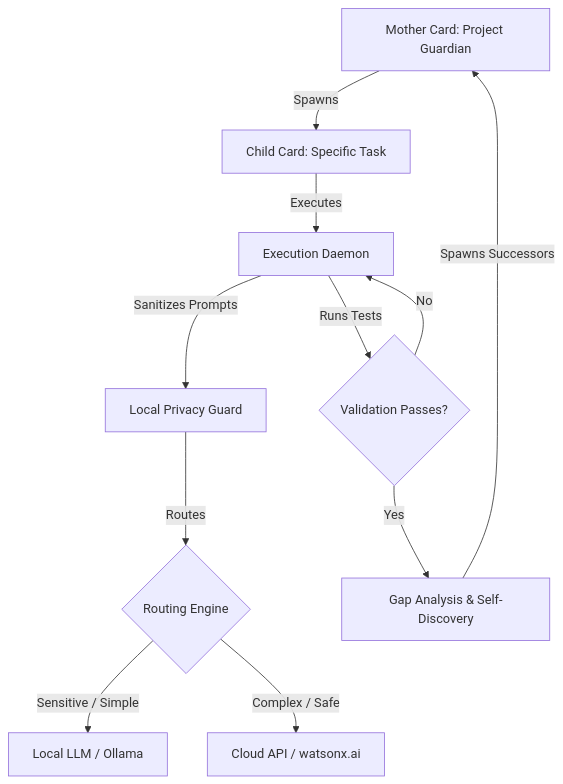
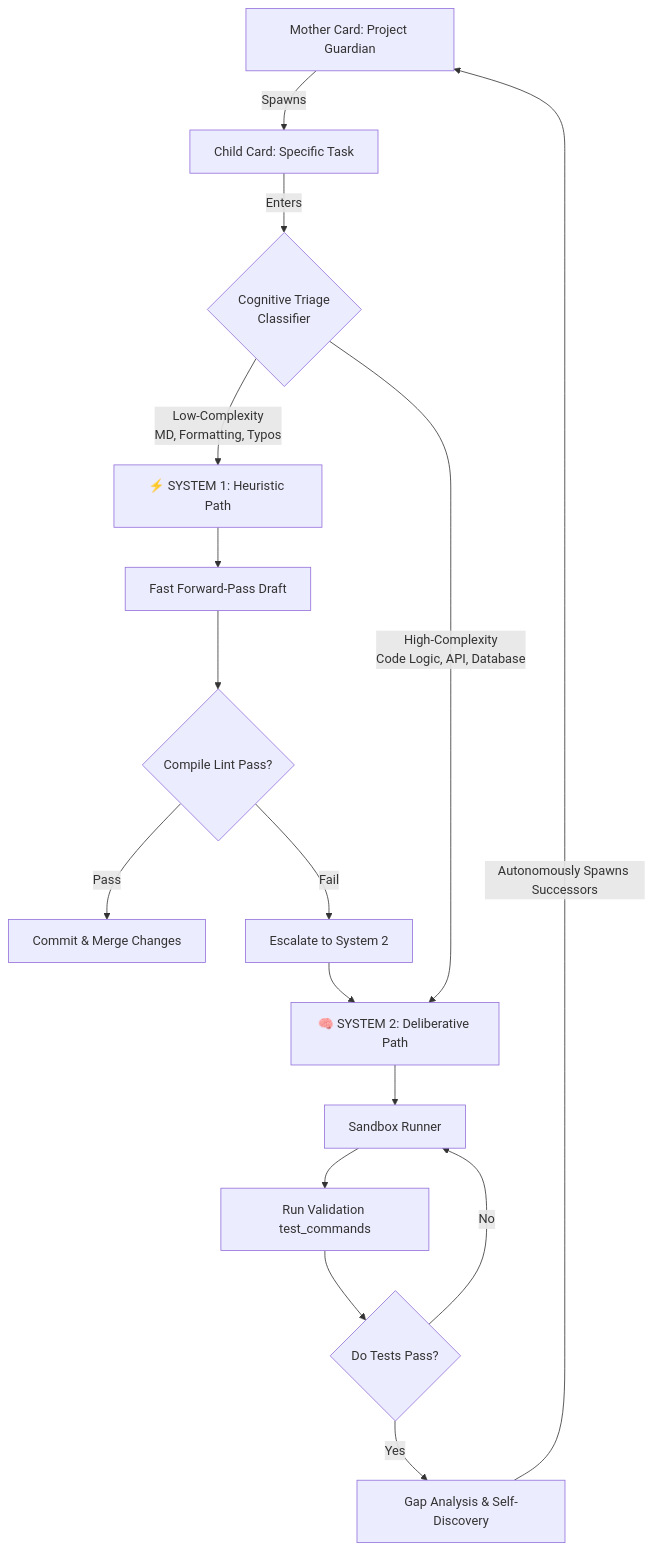
Before and after one commit to commitdot/autonomous-job-card-engine: the diagram in README.md, drawn with Mermaid. The commit also changed other lines of this file and 3 other files, not shown here.

Commit message:
Update daemon, sim_llm, test_aje_e2e, and README

````diff
--- a/README.md
+++ b/README.md
@@ -22,13 +27,23 @@
 ```mermaid
 graph TD
     M[Mother Card: Project Guardian] -->|Spawns| C[Child Card: Specific Task]
-    C -->|Executes| E[Execution Daemon]
-    E -->|Sanitizes Prompts| P[Local Privacy Guard]
-    P -->|Routes| R{Routing Engine}
-    R -- Sensitive / Simple --> LL[Local LLM / Ollama]
-    R -- Complex / Safe --> CL[Cloud API / watsonx.ai]
-    E -->|Runs Tests| V{Validation Passes?}
-    V -- No --> E
-    V -- Yes --> R_G[Gap Analysis & Self-Discovery]
-    R_G -->|Spawns Successors| M
+    C -->|Enters| T{Cognitive Triage\nClassifier}
+    
+    %% System 1 Route
+    T -->|Low-Complexity\nMD, Formatting, Typos| S1[⚡ SYSTEM 1: Heuristic Path]
+    S1 --> S1_Edit[Fast Forward-Pass Draft]
+    S1_Edit --> LintCheck{Compile Lint Pass?}
+    LintCheck -->|Pass| Commit[Commit & Merge Changes]
+    LintCheck -->|Fail| Escalate[Escalate to System 2]
+    
+    %% System 2 Route
+    T -->|High-Complexity\nCode Logic, API, Database| S2[🧠 SYSTEM 2: Deliberative Path]
+    Escalate --> S2
+    
+    S2 --> S2_Run[Sandbox Runner]
+    S2_Run --> TestSuite[Run Validation test_commands]
+    TestSuite --> SelfHeal{Do Tests Pass?}
+    SelfHeal -->|No| S2_Run
+    SelfHeal -->|Yes| R_G[Gap Analysis & Self-Discovery]
+    R_G -->|Autonomously Spawns Successors| M
 ```
````
